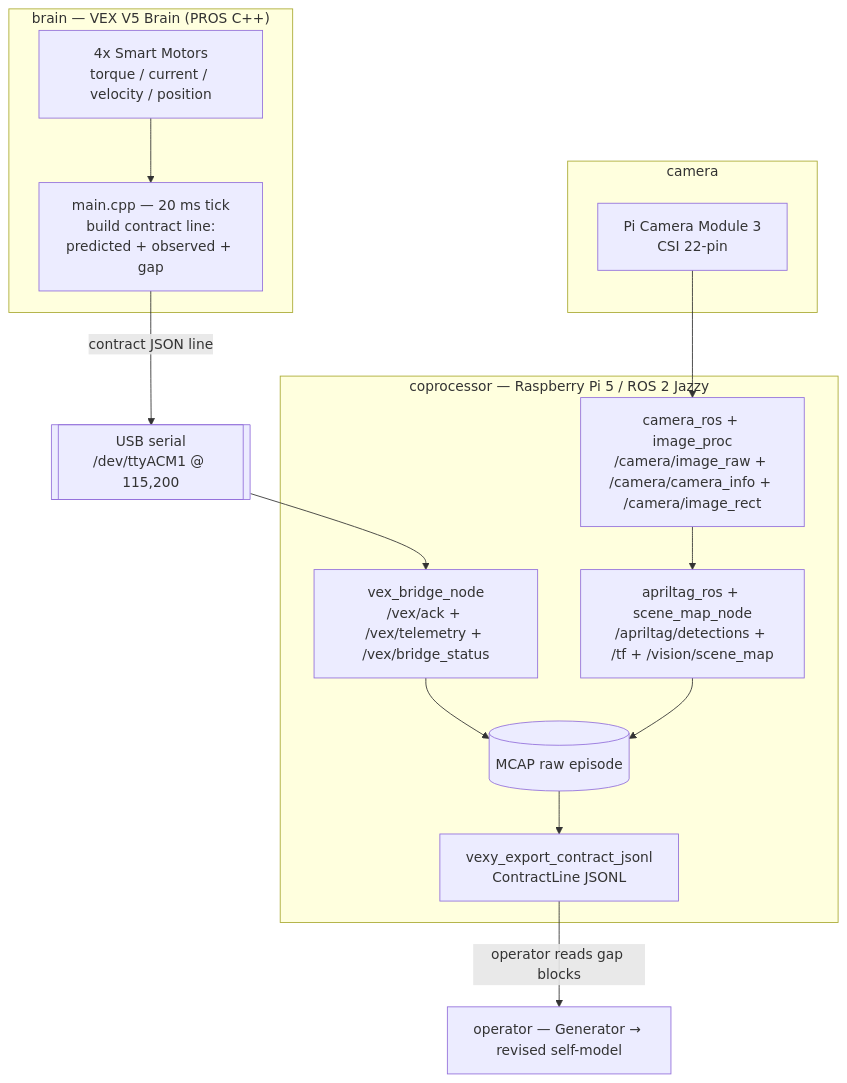
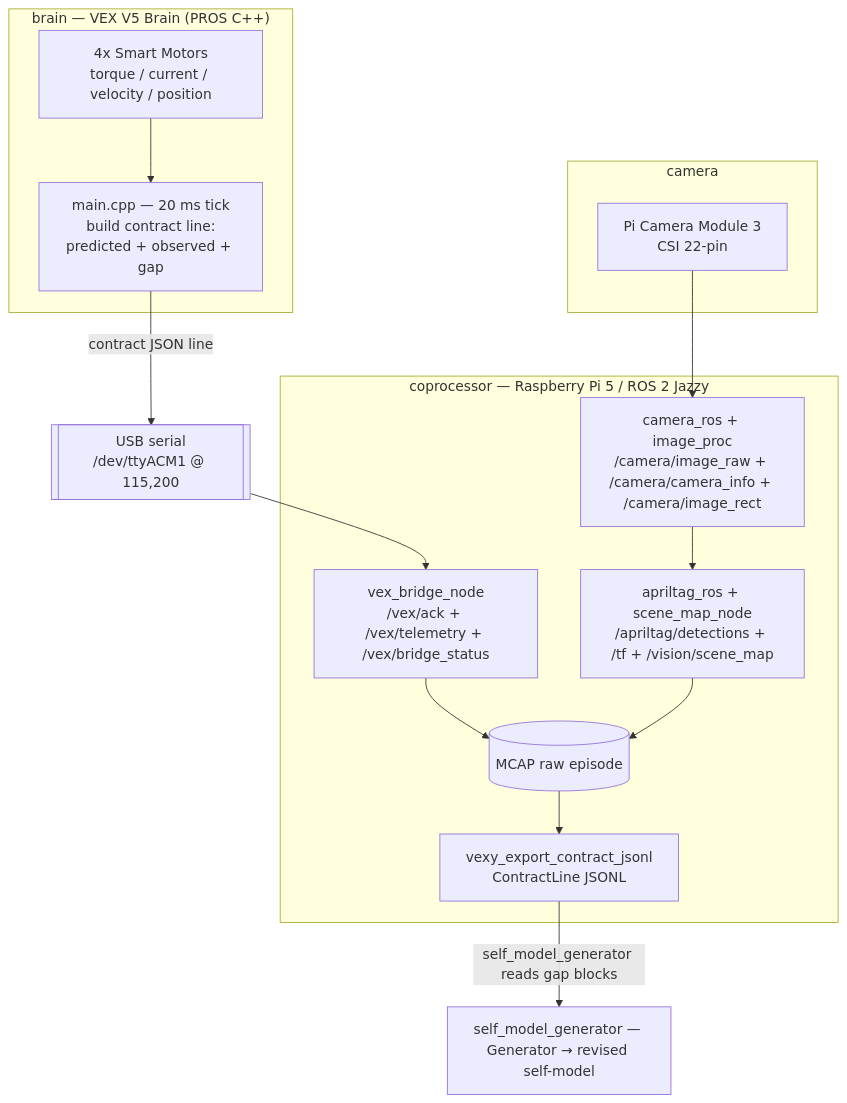
The first of 2 diagrams in MASTER_REQUIREMENTS.md (codewizard-dt/llm-self-model-capstone), drawn with Mermaid before and after one commit. The commit also changed other lines of this file and 32 other files, not shown here.

Commit message:
Fix self model generator naming

````diff
--- a/MASTER_REQUIREMENTS.md
+++ b/MASTER_REQUIREMENTS.md
@@ -98,29 +98,29 @@
 ```mermaid
 flowchart TD
   subgraph brain["brain — VEX V5 Brain (PROS C++)"]
     MOT["4x Smart Motors<br/>torque / current / velocity / position"]
     BM["main.cpp — 20 ms tick<br/>build contract line:<br/>predicted + observed + gap"]
     MOT --> BM
   end
   BM -->|"contract JSON line"| USB[["USB serial<br/>/dev/ttyACM1 @ 115,200"]]
 
   subgraph camera["camera"]
     CAM["Pi Camera Module 3<br/>CSI 22-pin"]
   end
 
   subgraph copro["coprocessor — Raspberry Pi 5 / ROS 2 Jazzy"]
     ROSVEX["vex_bridge_node<br/>/vex/ack + /vex/telemetry + /vex/bridge_status"]
     CAMROS["camera_ros + image_proc<br/>/camera/image_raw + /camera/camera_info + /camera/image_rect"]
     TAGS["apriltag_ros + scene_map_node<br/>/apriltag/detections + /tf + /vision/scene_map"]
     MCAP[("MCAP raw episode")]
     EXPORT["vexy_export_contract_jsonl<br/>ContractLine JSONL"]
     ROSVEX --> MCAP
     CAMROS --> TAGS --> MCAP
     MCAP --> EXPORT
   end
 
   USB --> ROSVEX
   CAM --> CAMROS
 
-  EXPORT -->|"operator reads gap blocks"| GEN["operator — Generator → revised self-model"]
+  EXPORT -->|"self_model_generator reads gap blocks"| GEN["self_model_generator — Generator → revised self-model"]
 ```
````
